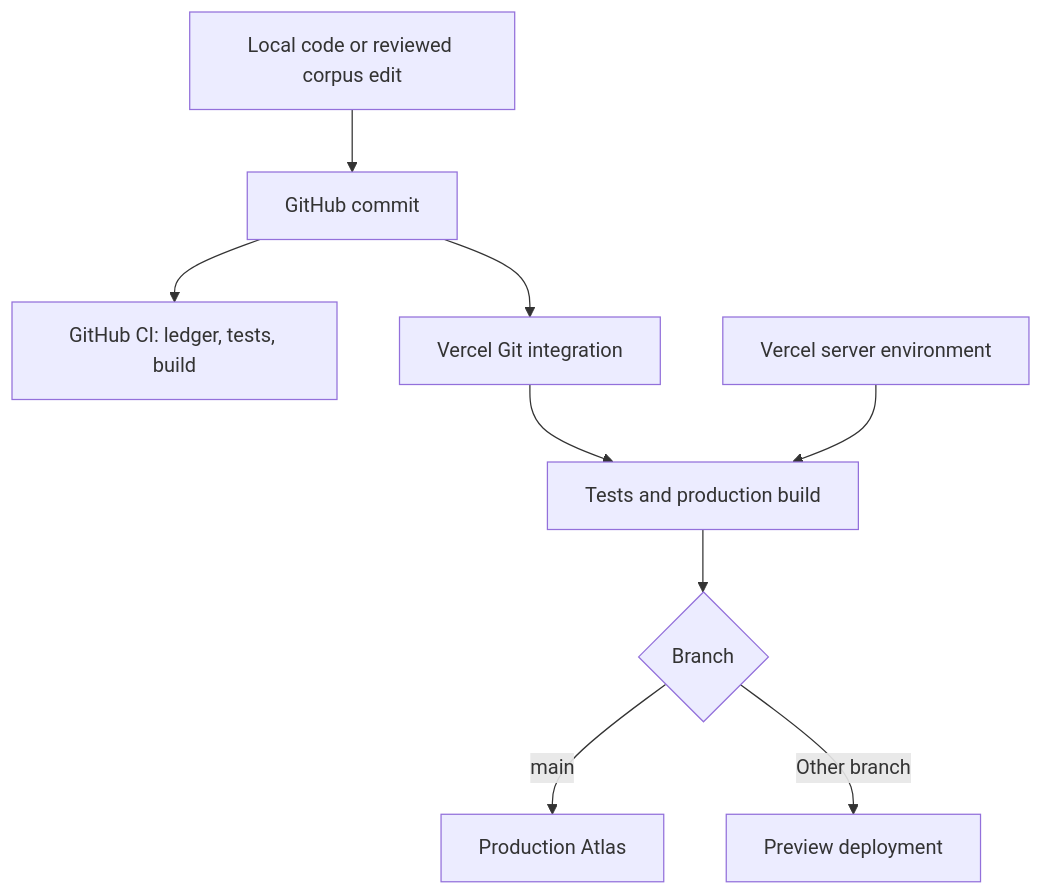
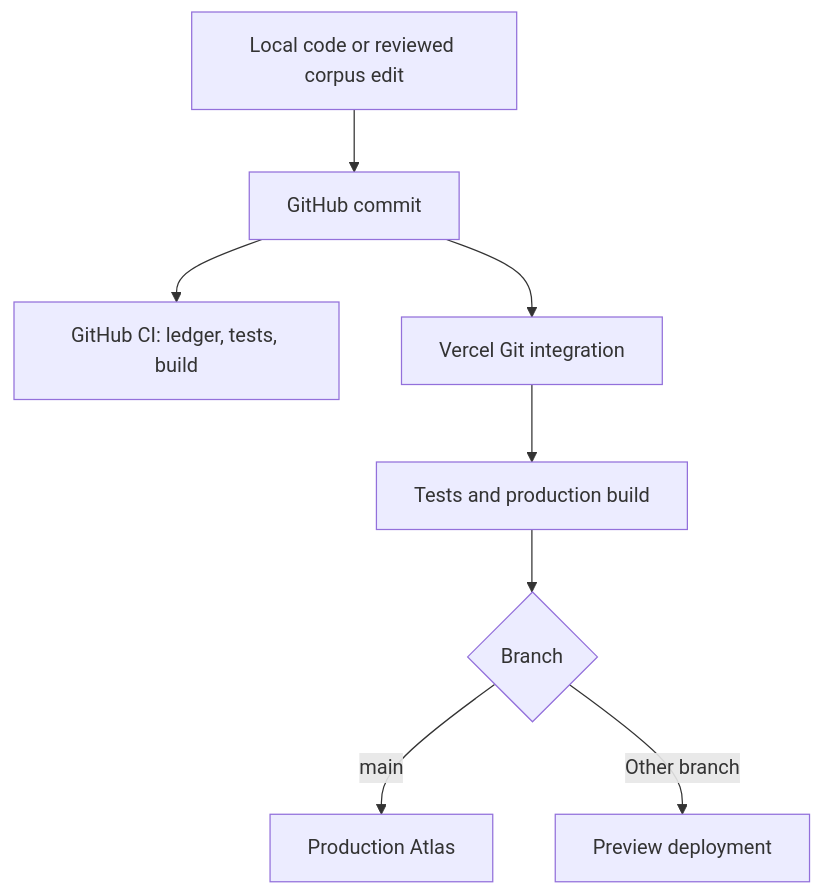
The fourth of 4 diagrams in README.md (9to5ai/ai-trust-atlas), drawn with Mermaid before and after one commit. The commit also changed other lines of this file and 14 other files, not shown here.

````diff
--- a/README.md
+++ b/README.md
@@ -321,11 +270,10 @@
 ```mermaid
 flowchart TD
   Edit[Local code or reviewed corpus edit] --> Push[GitHub commit]
   Push --> CI[GitHub CI: ledger, tests, build]
   Push --> Vercel[Vercel Git integration]
   Vercel --> Build[Tests and production build]
   Build --> Branch{Branch}
   Branch -->|main| Production[Production Atlas]
   Branch -->|Other branch| Preview[Preview deployment]
-  Secrets[Vercel server environment] --> Build
 ```
````
